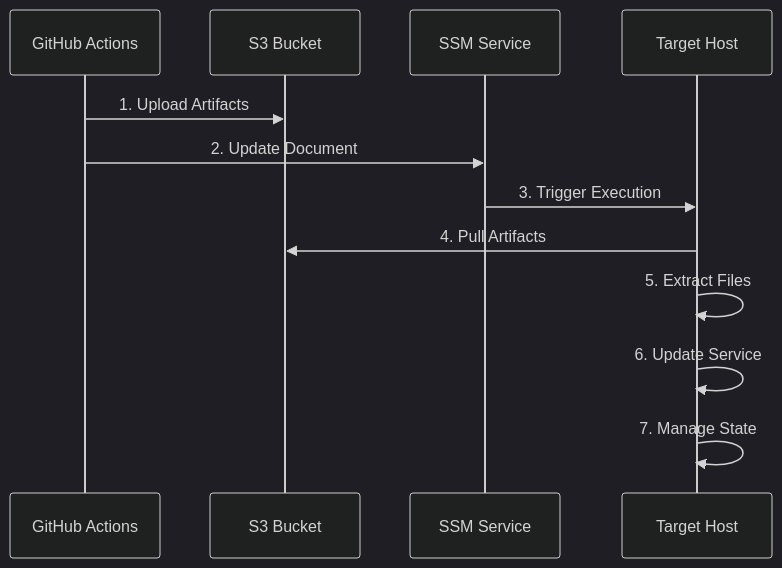
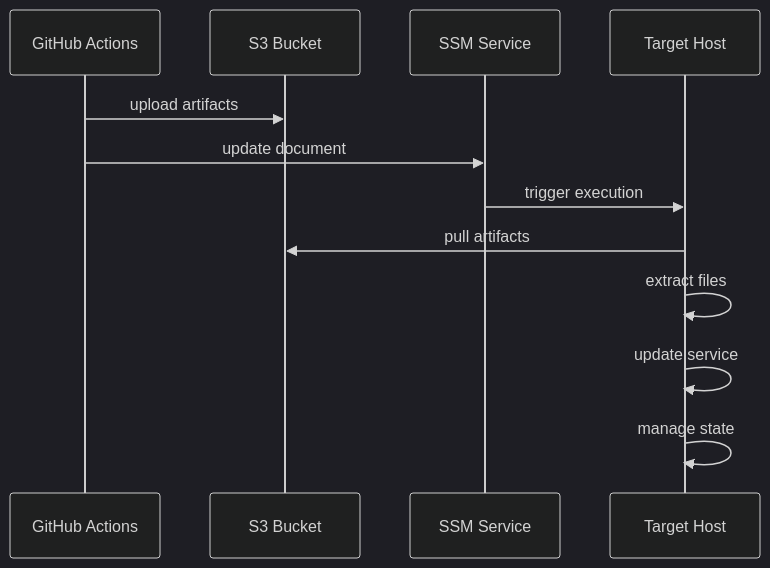
One commit to realsensesolutions/actions-aws-host-service changed the second of 2 diagrams in README.md. Above: the diagram before and after it, drawn with Mermaid (dark theme). The commit also changed other lines of this file, not shown here.

````diff
--- a/README.md
+++ b/README.md
@@ -33,15 +32,15 @@
 ```mermaid
 sequenceDiagram
     participant GA as GitHub Actions
     participant S3 as S3 Bucket
     participant SSM as SSM Service
     participant Host as Target Host
 
-    GA->>S3: 1. Upload Artifacts
-    GA->>SSM: 2. Update Document
-    SSM->>Host: 3. Trigger Execution
-    Host->>S3: 4. Pull Artifacts
-    Host->>Host: 5. Extract Files
-    Host->>Host: 6. Update Service
-    Host->>Host: 7. Manage State
+    GA->>S3: upload artifacts
+    GA->>SSM: update document
+    SSM->>Host: trigger execution
+    Host->>S3: pull artifacts
+    Host->>Host: extract files
+    Host->>Host: update service
+    Host->>Host: manage state
 ```
````
